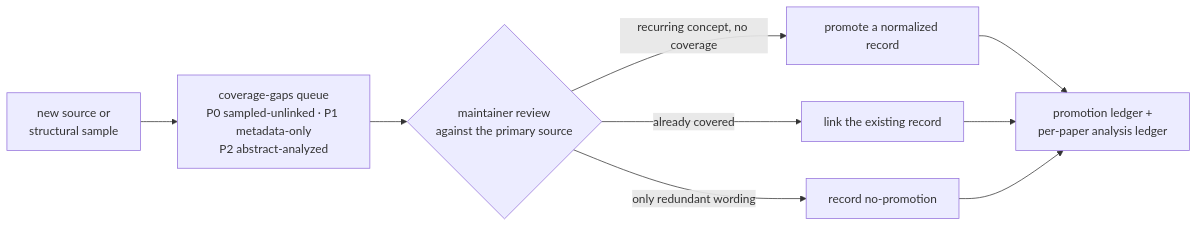
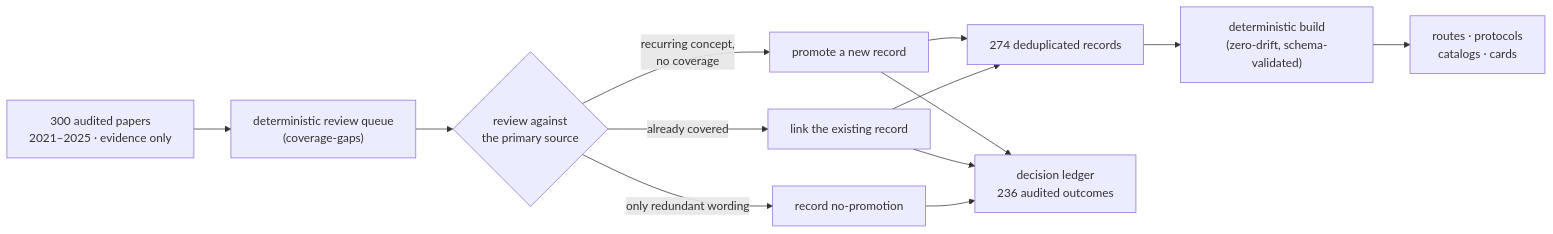
Before and after one commit to asimfish/super_library: the second of 2 diagrams in README.md, drawn with Mermaid. The commit also changed other lines of this file, not shown here.

Commit message:
Rewrite README as a design story with an annotated real record

````diff
--- a/README.md
+++ b/README.md
@@ -96,11 +132,15 @@
 ```mermaid
 flowchart LR
-    NEW["new source or<br/>structural sample"] --> Q["coverage-gaps queue<br/>P0 sampled-unlinked · P1 metadata-only<br/>P2 abstract-analyzed"]
-    Q --> REV{"maintainer review<br/>against the primary source"}
-    REV -->|"recurring concept, no coverage"| PROM["promote a normalized record"]
-    REV -->|"already covered"| LINK["link the existing record"]
-    REV -->|"only redundant wording"| NOP["record no-promotion"]
-    PROM --> LED["promotion ledger +<br/>per-paper analysis ledger"]
-    LINK --> LED
+    P["300 audited papers<br/>2021–2025 · evidence only"] --> Q["deterministic review queue<br/>(coverage-gaps)"]
+    Q --> R{"review against<br/>the primary source"}
+    R -->|"recurring concept,<br/>no coverage"| PROM["promote a new record"]
+    R -->|"already covered"| LNK["link the existing record"]
+    R -->|"only redundant wording"| NOP["record no-promotion"]
+    PROM --> REC["274 deduplicated records"]
+    LNK --> REC
+    PROM --> LED["decision ledger<br/>236 audited outcomes"]
+    LNK --> LED
     NOP --> LED
+    REC --> B["deterministic build<br/>(zero-drift, schema-validated)"]
+    B --> A["routes · protocols<br/>catalogs · cards"]
 ```
````
